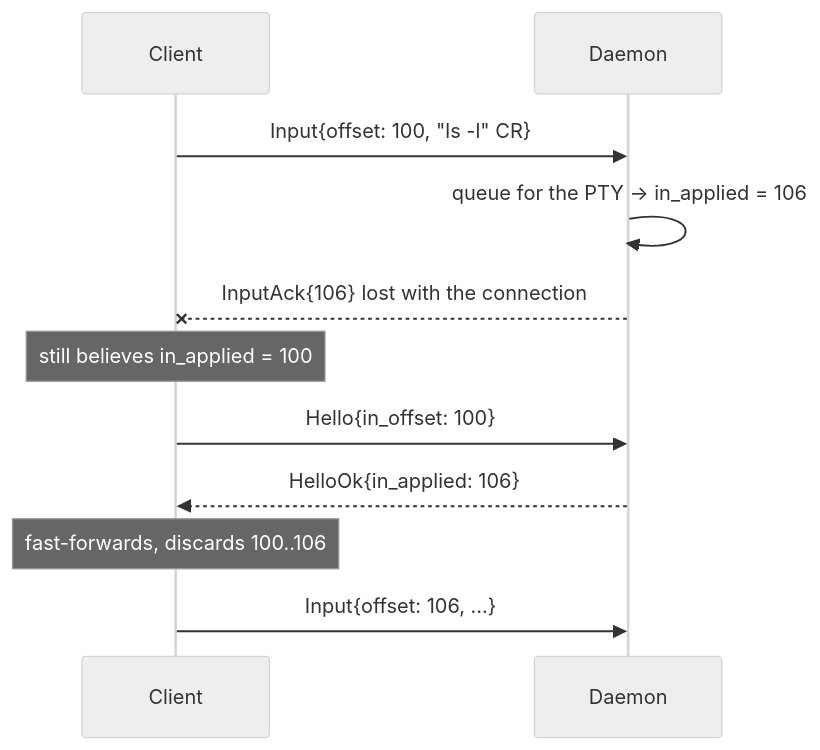
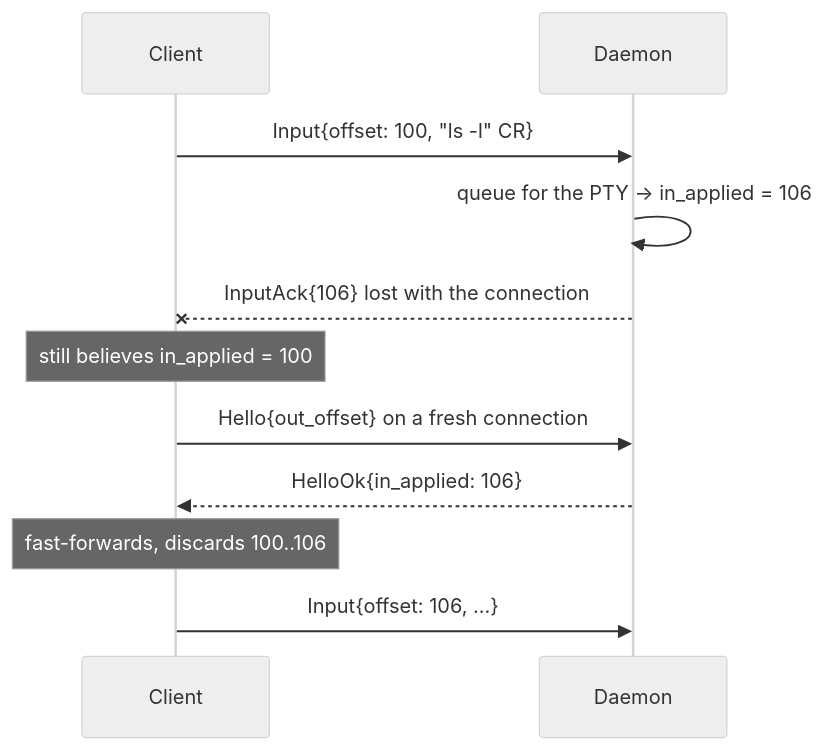
Before and after one commit to fornwall/nomux: the first of 4 diagrams in IMPLEMENTATION.md, drawn with Mermaid (neutral theme). The commit also changed other lines of this file and 2 other files, not shown here.

````diff
--- a/IMPLEMENTATION.md
+++ b/IMPLEMENTATION.md
@@ -128,13 +130,13 @@
 ```mermaid
 sequenceDiagram
   participant C as Client
   participant D as Daemon
   C->>D: Input{offset: 100, "ls -l" CR}
   D->>D: queue for the PTY → in_applied = 106
   D--xC: InputAck{106} lost with the connection
   Note over C: still believes in_applied = 100
-  C->>D: Hello{in_offset: 100}
+  C->>D: Hello{out_offset} on a fresh connection
   D-->>C: HelloOk{in_applied: 106}
   Note over C: fast-forwards, discards 100..106
   C->>D: Input{offset: 106, ...}
 ```
````
